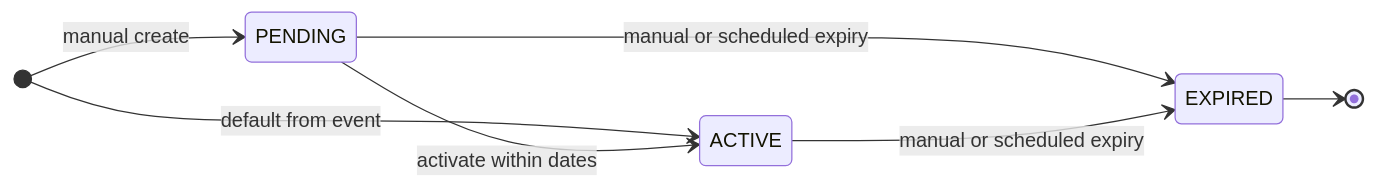
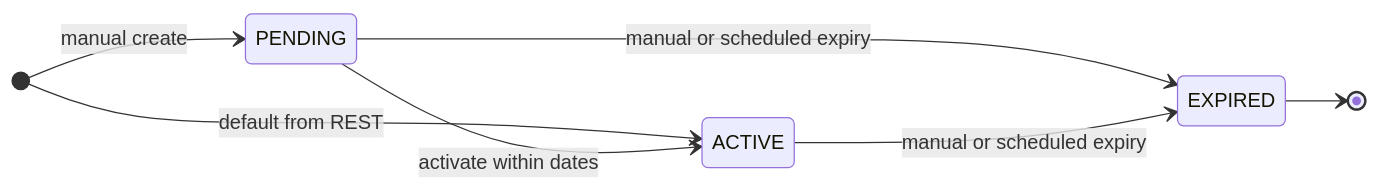
Before and after one commit to Huy-8bit/interview: the diagram in lab/docs/diagrams/sources/warranty-states.mmd, drawn with Mermaid. The commit also changed 141 other files, not shown here.

```diff
--- a/lab/docs/diagrams/sources/warranty-states.mmd
+++ b/lab/docs/diagrams/sources/warranty-states.mmd
@@ -1,12 +1,12 @@
 stateDiagram-v2
     %% diagram: warranty-states
     direction LR
     [*] --> Pending: manual create
-    [*] --> Active: default from event
+    [*] --> Active: default from REST
     Pending: PENDING
     Active: ACTIVE
     Expired: EXPIRED
     Pending --> Active: activate within dates
     Pending --> Expired: manual or scheduled expiry
     Active --> Expired: manual or scheduled expiry
     Expired --> [*]
```
